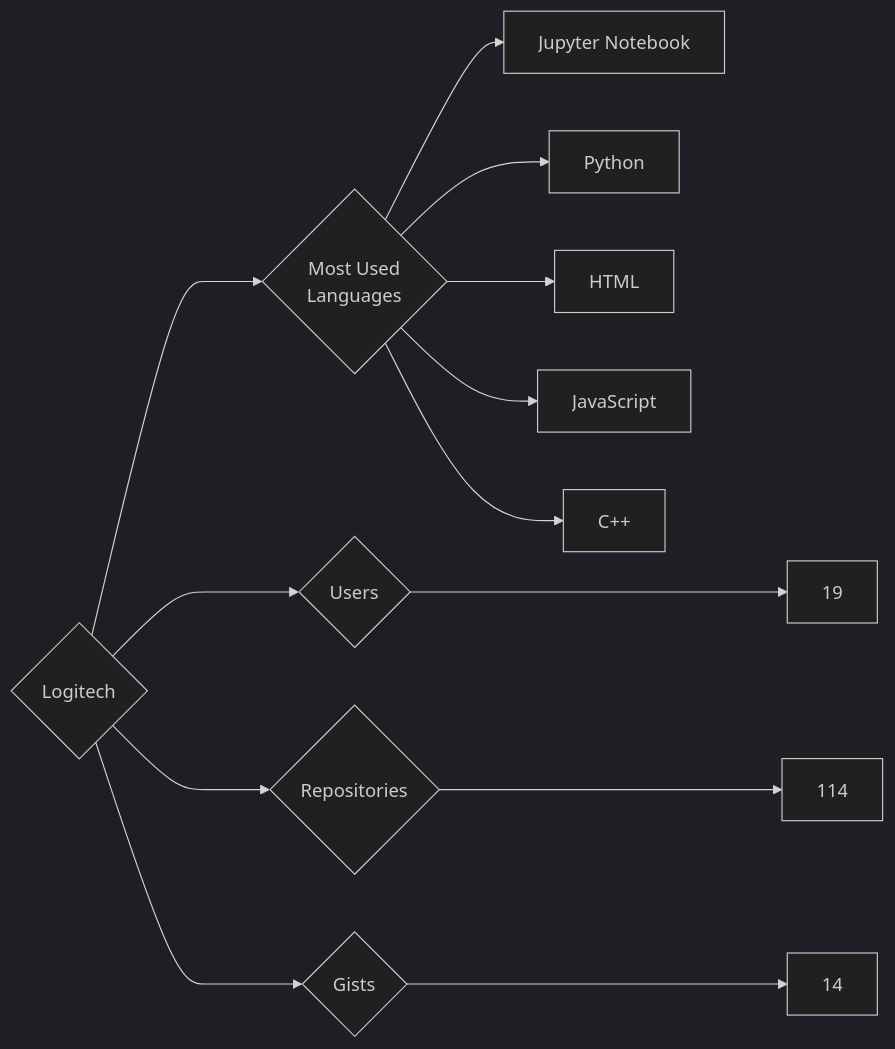
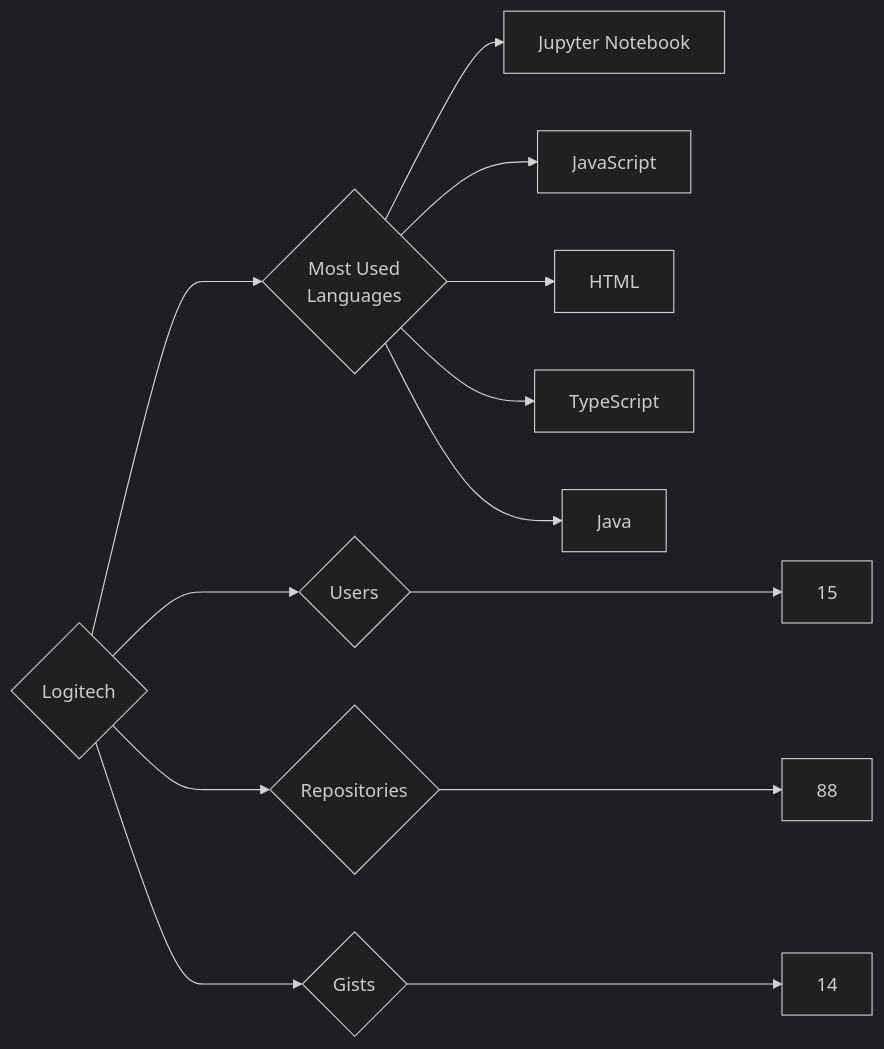
Before and after one commit to trickest/insiders: the diagram in targets/Logitech/README.md, drawn with Mermaid (dark theme). The commit also changed 1084 other files, not shown here.

````diff
--- a/targets/Logitech/README.md
+++ b/targets/Logitech/README.md
@@ -3,13 +3,13 @@
 ```mermaid
 graph LR
 COMPANY_NAME{Logitech}
-COMPANY_NAME ---> U{Users} ---> UN[19]
-COMPANY_NAME ---> R{Repositories} ---> RN[114]
+COMPANY_NAME ---> U{Users} ---> UN[15]
+COMPANY_NAME ---> R{Repositories} ---> RN[88]
 COMPANY_NAME ---> G{Gists} ---> GN[14]
 COMPANY_NAME ---> ML{Most Used<br>Languages}
 ML --> Jupyter_Notebook[Jupyter Notebook]
-ML --> Python[Python]
+ML --> JavaScript[JavaScript]
 ML --> HTML[HTML]
-ML --> JavaScript[JavaScript]
-ML --> C++[C++]
+ML --> TypeScript[TypeScript]
+ML --> Java[Java]
 ```
````
